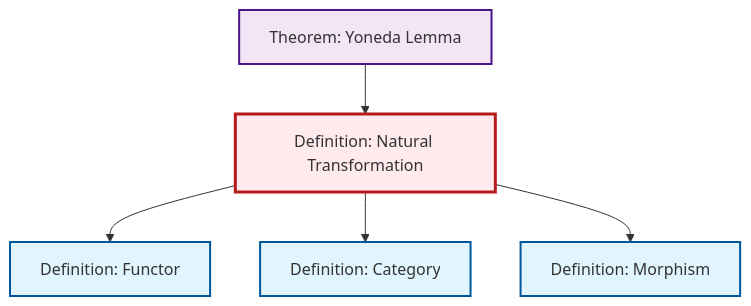
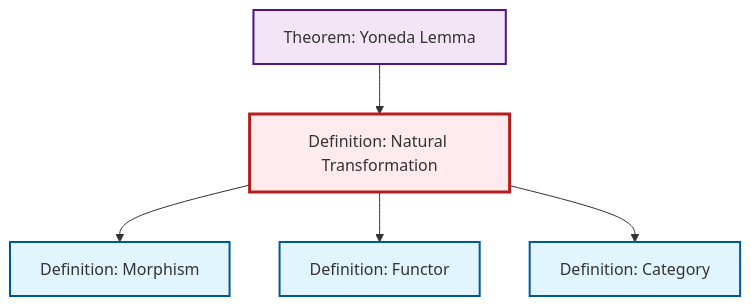
Before and after one commit to RK0429/ModernMath: the diagram in output/mermaid/def-natural-transformation.mermaid, drawn with Mermaid. The commit also changed other lines of this file and 1203 other files, not shown here.

```diff
--- a/output/mermaid/def-natural-transformation.mermaid
+++ b/output/mermaid/def-natural-transformation.mermaid
@@ -1,17 +1,17 @@
 %%| fig-cap: "Local dependency graph"
 graph TD
     classDef definition fill:#e1f5fe,stroke:#01579b,stroke-width:2px
     classDef theorem fill:#f3e5f5,stroke:#4a148c,stroke-width:2px
     classDef axiom fill:#fff3e0,stroke:#e65100,stroke-width:2px
     classDef example fill:#e8f5e9,stroke:#1b5e20,stroke-width:2px
     classDef current fill:#ffebee,stroke:#b71c1c,stroke-width:3px
-    def-morphism["Definition: Morphism"]:::definition
     def-functor["Definition: Functor"]:::definition
-    def-category["Definition: Category"]:::definition
     def-natural-transformation["Definition: Natural Transformation"]:::definition
     thm-yoneda["Theorem: Yoneda Lemma"]:::theorem
+    def-category["Definition: Category"]:::definition
+    def-morphism["Definition: Morphism"]:::definition
     thm-yoneda --> def-natural-transformation
+    def-natural-transformation --> def-morphism
     def-natural-transformation --> def-functor
     def-natural-transformation --> def-category
-    def-natural-transformation --> def-morphism
     class def-natural-transformation current
```
